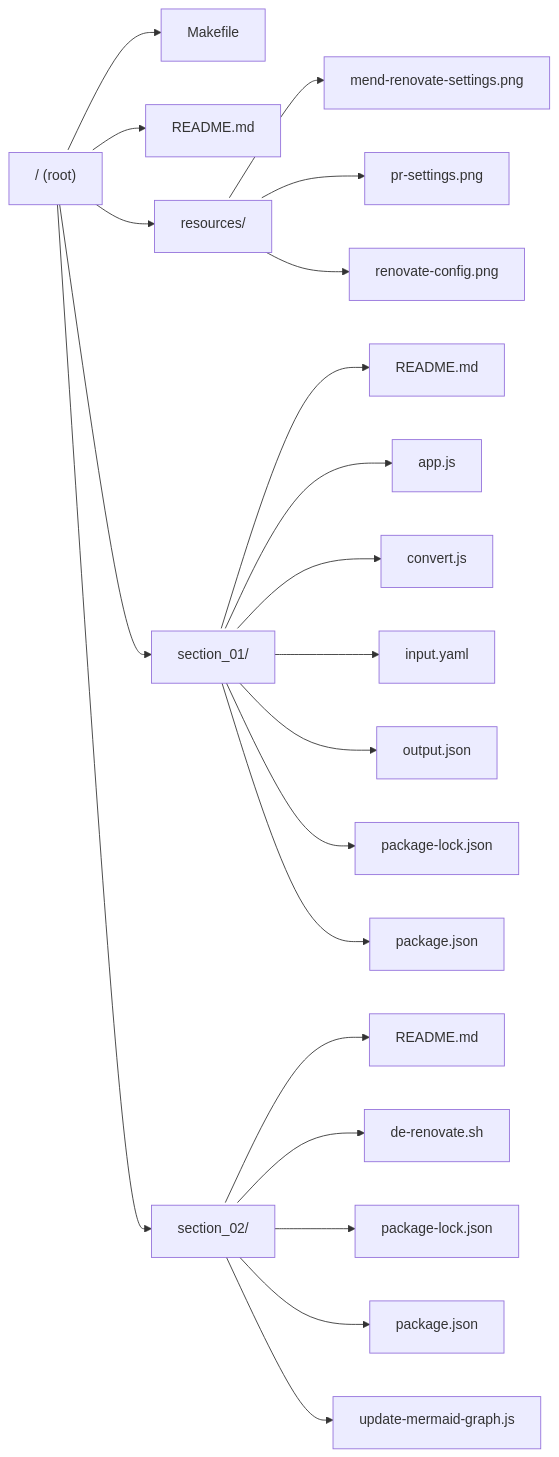
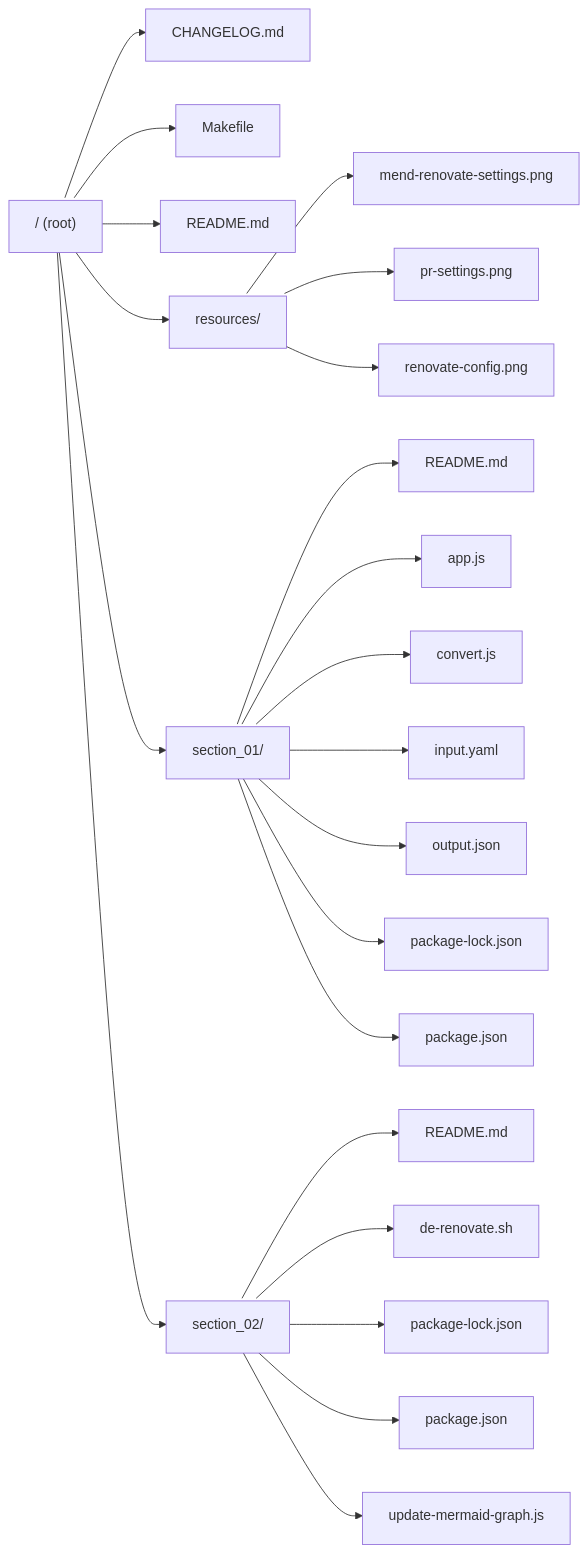
The diagram in README.md (allenhub-net/The--Complete--Github--Actions--and--Workflows--Guide), drawn with Mermaid before and after one commit.

Commit message:
chore: update Mermaid graph in README.md

````diff
--- a/README.md
+++ b/README.md
@@ -99,28 +99,29 @@
 ```mermaid
 
 %% Repository Structure
 graph LR;
     %% Double vertical spacing
     classDef doubledSpacing height:60px;
     ROOT["/ (root)"]:::doubledSpacing
+    ROOT --> ._CHANGELOGMD["CHANGELOG.md"]:::doubledSpacing
     ROOT --> ._MAKEFILE["Makefile"]:::doubledSpacing
     ROOT --> ._READMEMD["README.md"]:::doubledSpacing
     ROOT --> ._RESOURCES["resources/"]:::doubledSpacing
     ._RESOURCES --> .RESOURCES_MENDRENOVATESETTINGSPNG["mend-renovate-settings.png"]:::doubledSpacing
     ._RESOURCES --> .RESOURCES_PRSETTINGSPNG["pr-settings.png"]:::doubledSpacing
     ._RESOURCES --> .RESOURCES_RENOVATECONFIGPNG["renovate-config.png"]:::doubledSpacing
     ROOT --> ._SECTION_01["section_01/"]:::doubledSpacing
     ._SECTION_01 --> .SECTION_01_READMEMD["README.md"]:::doubledSpacing
     ._SECTION_01 --> .SECTION_01_APPJS["app.js"]:::doubledSpacing
     ._SECTION_01 --> .SECTION_01_CONVERTJS["convert.js"]:::doubledSpacing
     ._SECTION_01 --> .SECTION_01_INPUTYAML["input.yaml"]:::doubledSpacing
     ._SECTION_01 --> .SECTION_01_OUTPUTJSON["output.json"]:::doubledSpacing
     ._SECTION_01 --> .SECTION_01_PACKAGELOCKJSON["package-lock.json"]:::doubledSpacing
     ._SECTION_01 --> .SECTION_01_PACKAGEJSON["package.json"]:::doubledSpacing
     ROOT --> ._SECTION_02["section_02/"]:::doubledSpacing
     ._SECTION_02 --> .SECTION_02_READMEMD["README.md"]:::doubledSpacing
     ._SECTION_02 --> .SECTION_02_DERENOVATESH["de-renovate.sh"]:::doubledSpacing
     ._SECTION_02 --> .SECTION_02_PACKAGELOCKJSON["package-lock.json"]:::doubledSpacing
     ._SECTION_02 --> .SECTION_02_PACKAGEJSON["package.json"]:::doubledSpacing
     ._SECTION_02 --> .SECTION_02_UPDATEMERMAIDGRAPHJS["update-mermaid-graph.js"]:::doubledSpacing
 ```
````
